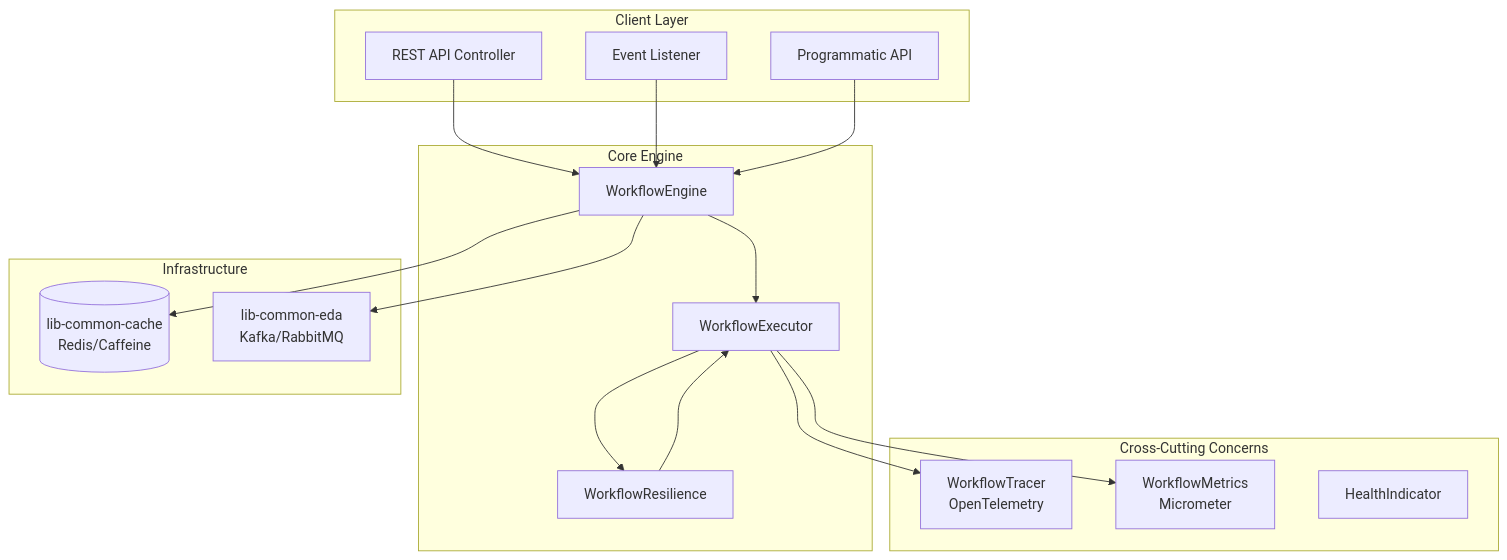
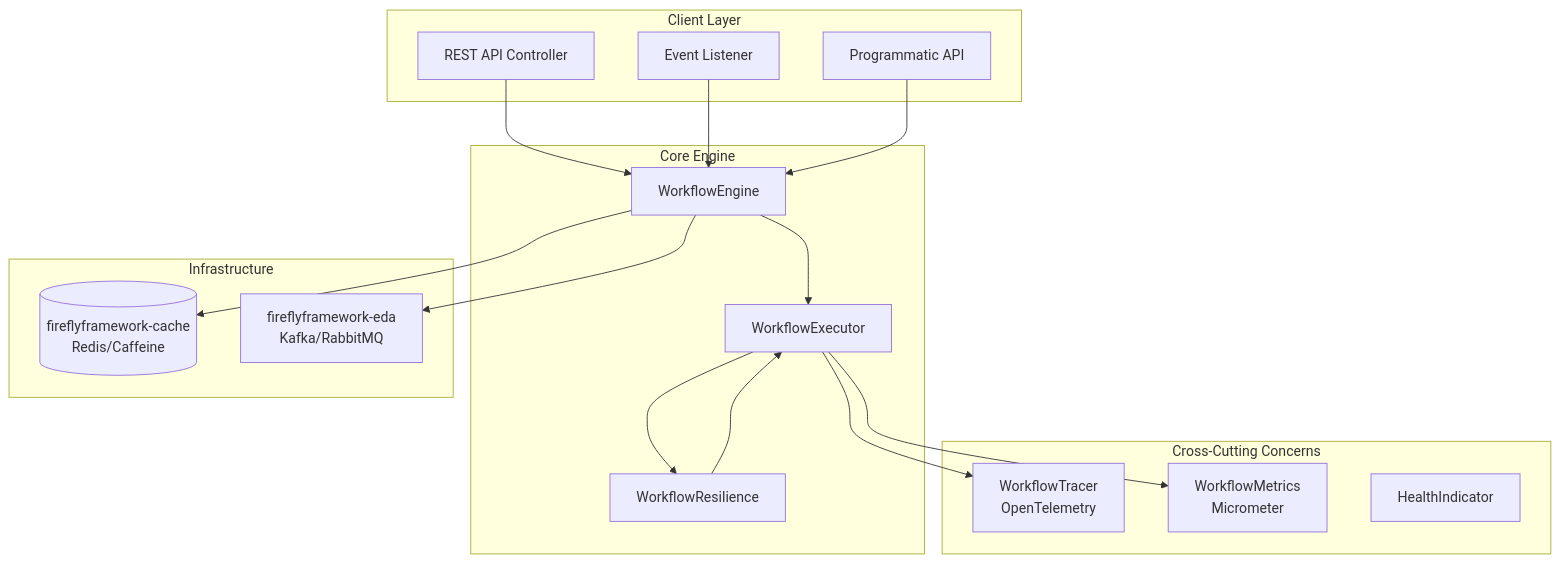
Before and after one commit to fireflyframework/fireflyframework-workflow: the first of 13 diagrams in docs/architecture.md, drawn with Mermaid. The commit also changed other lines of this file and 160 other files, not shown here.

````diff
--- a/docs/architecture.md
+++ b/docs/architecture.md
@@ -9,36 +9,36 @@
 ```mermaid
 graph TB
     subgraph "Client Layer"
         REST[REST API Controller]
         EVENT[Event Listener]
         PROG[Programmatic API]
     end
 
     subgraph "Core Engine"
         WE[WorkflowEngine]
         WX[WorkflowExecutor]
         WR[WorkflowResilience]
     end
 
     subgraph "Cross-Cutting Concerns"
         TRACE[WorkflowTracer<br/>OpenTelemetry]
         METRICS[WorkflowMetrics<br/>Micrometer]
         HEALTH[HealthIndicator]
     end
 
     subgraph "Infrastructure"
-        CACHE[(lib-common-cache<br/>Redis/Caffeine)]
-        EDA[lib-common-eda<br/>Kafka/RabbitMQ]
+        CACHE[(fireflyframework-cache<br/>Redis/Caffeine)]
+        EDA[fireflyframework-eda<br/>Kafka/RabbitMQ]
     end
 
     REST --> WE
     EVENT --> WE
     PROG --> WE
     WE --> WX
     WX --> WR
     WX --> TRACE
     WX --> METRICS
     WE --> CACHE
     WE --> EDA
     WR --> WX
 ```
````
